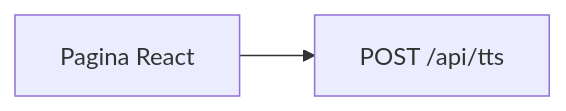
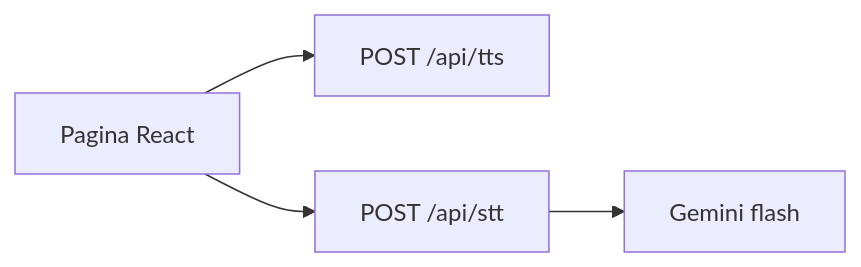
The diagram in README.md (Danielfp1/email-to-podcast), drawn with Mermaid before and after one commit. The commit also changed other lines of this file and 15 other files, not shown here.

````diff
--- a/README.md
+++ b/README.md
@@ -11,6 +11,10 @@
 ```mermaid
 flowchart LR
   ui[Pagina React]
   tts["POST /api/tts"]
+  stt["POST /api/stt"]
+  gemini[Gemini flash]
   ui --> tts
+  ui --> stt
+  stt --> gemini
 ```
````
